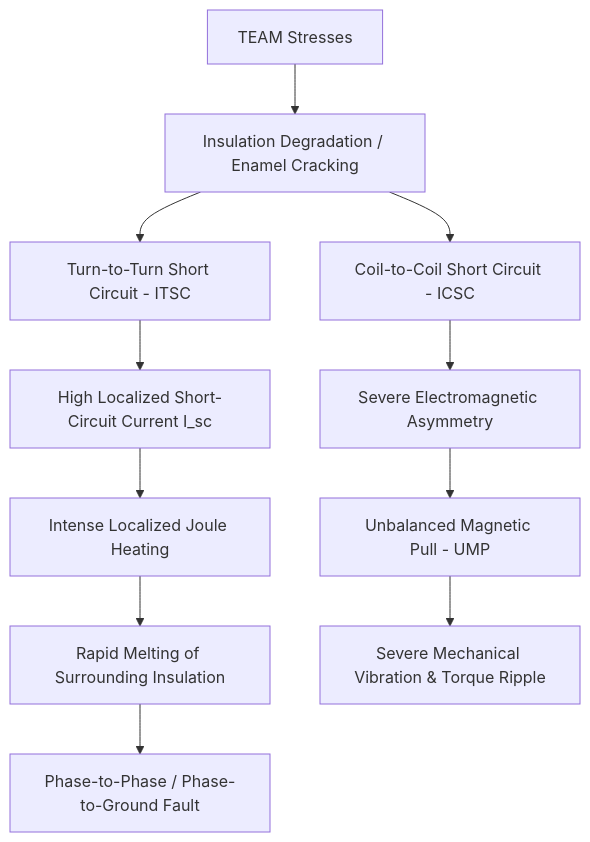
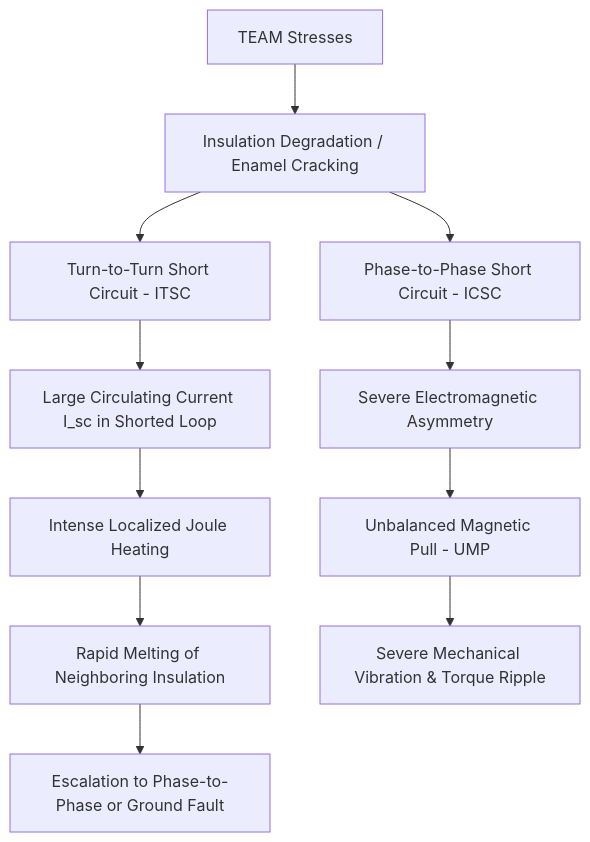
Before and after one commit to DoBinh1/Dr.Liou-2026: the first of 2 diagrams in technical_report_en/technical_report_motor_fault_diagnosis_en.md, drawn with Mermaid. The commit also changed other lines of this file, not shown here.

````diff
--- a/technical_report_en/technical_report_motor_fault_diagnosis_en.md
+++ b/technical_report_en/technical_report_motor_fault_diagnosis_en.md
@@ -202,13 +204,13 @@
 ```mermaid
 flowchart TD
     A[TEAM Stresses] --> B[Insulation Degradation / Enamel Cracking]
     B --> C[Turn-to-Turn Short Circuit - ITSC]
-    B --> D[Coil-to-Coil Short Circuit - ICSC]
-    C --> E[High Localized Short-Circuit Current I_sc]
+    B --> D[Phase-to-Phase Short Circuit - ICSC]
+    C --> E[Large Circulating Current I_sc in Shorted Loop]
     E --> F[Intense Localized Joule Heating]
-    F --> G[Rapid Melting of Surrounding Insulation]
-    G --> H[Phase-to-Phase / Phase-to-Ground Fault]
+    F --> G[Rapid Melting of Neighboring Insulation]
+    G --> H[Escalation to Phase-to-Phase or Ground Fault]
     D --> I[Severe Electromagnetic Asymmetry]
     I --> J[Unbalanced Magnetic Pull - UMP]
     J --> K[Severe Mechanical Vibration & Torque Ripple]
 ```
````
